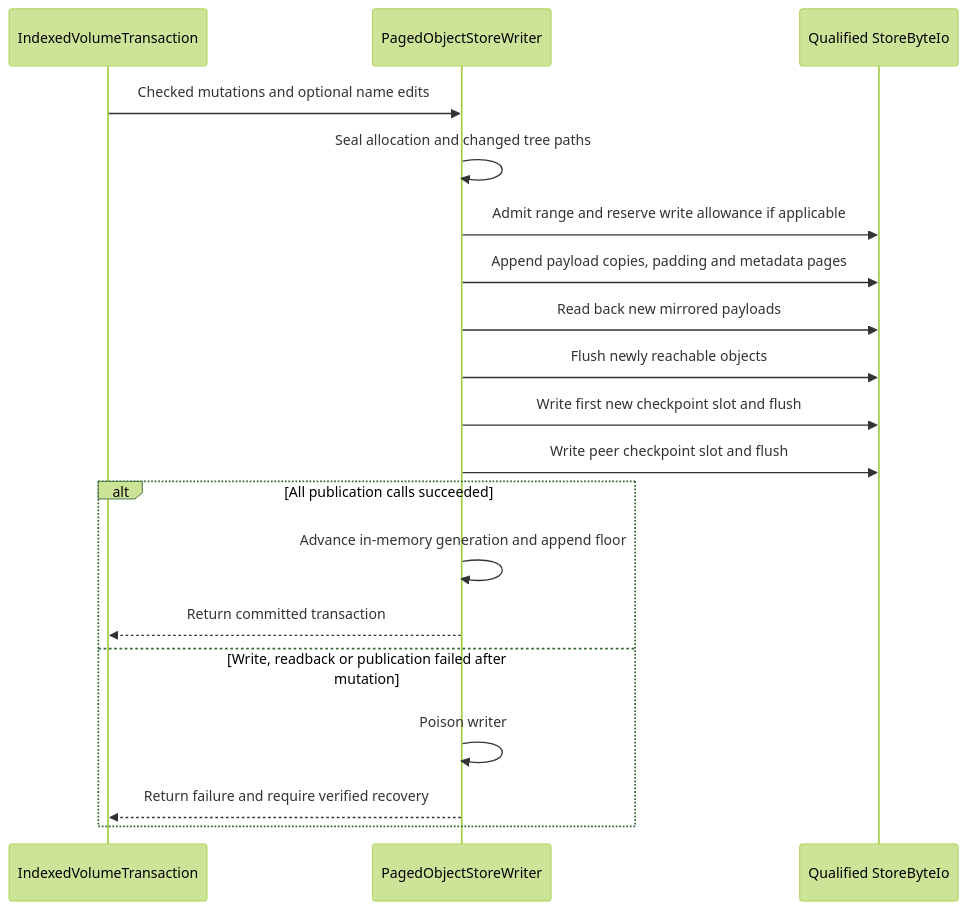
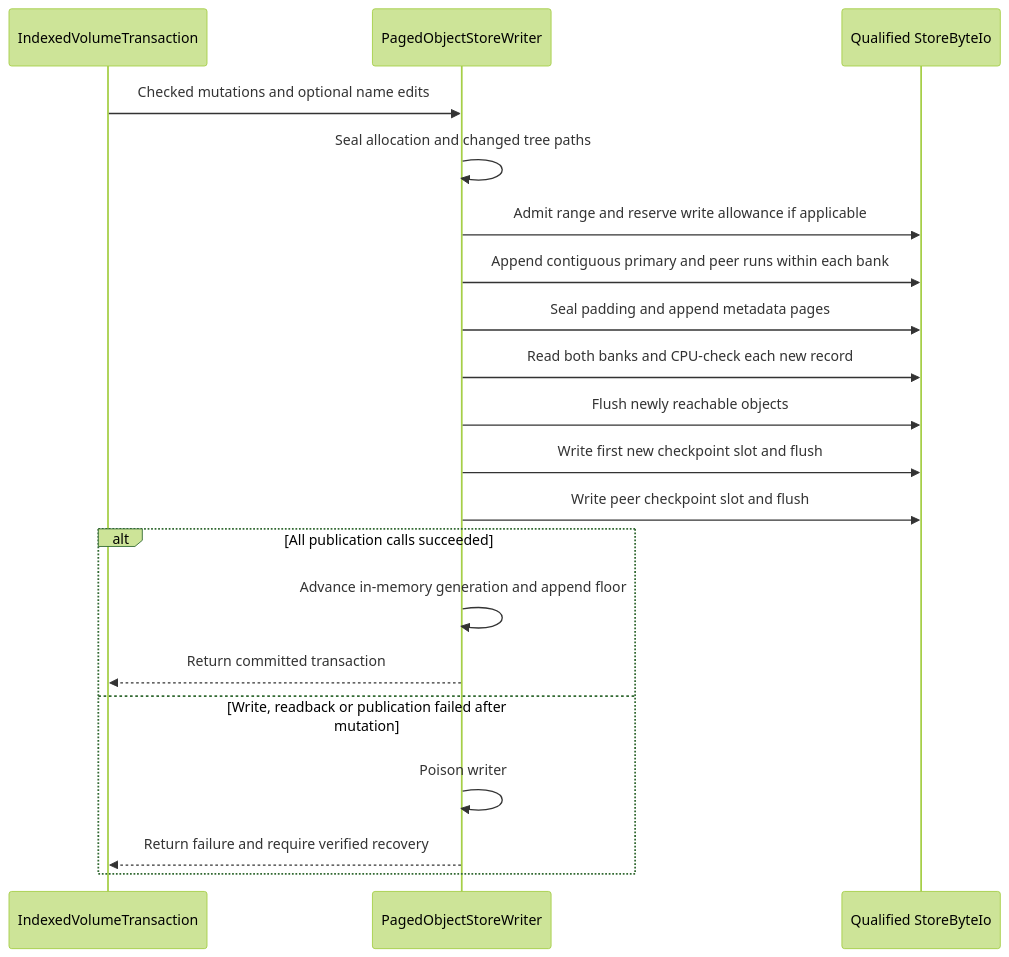
One commit to strmt7/FlitzFS changed the sixth of 16 diagrams in docs/architecture/CURRENT.md. Above: the diagram before and after it, drawn with Mermaid (forest theme). The commit also changed other lines of this file and 11 other files, not shown here.

````diff
--- a/docs/architecture/CURRENT.md
+++ b/docs/architecture/CURRENT.md
@@ -204,21 +204,22 @@
 ```mermaid
 sequenceDiagram
     participant N as IndexedVolumeTransaction
     participant P as PagedObjectStoreWriter
     participant I as Qualified StoreByteIo
     N->>P: Checked mutations and optional name edits
     P->>P: Seal allocation and changed tree paths
     P->>I: Admit range and reserve write allowance if applicable
-    P->>I: Append payload copies, padding and metadata pages
-    P->>I: Read back new mirrored payloads
+    P->>I: Append contiguous primary and peer runs within each bank
+    P->>I: Seal padding and append metadata pages
+    P->>I: Read both banks and CPU-check each new record
     P->>I: Flush newly reachable objects
     P->>I: Write first new checkpoint slot and flush
     P->>I: Write peer checkpoint slot and flush
     alt All publication calls succeeded
         P->>P: Advance in-memory generation and append floor
         P-->>N: Return committed transaction
     else Write, readback or publication failed after mutation
         P->>P: Poison writer
         P-->>N: Return failure and require verified recovery
     end
 ```
````
